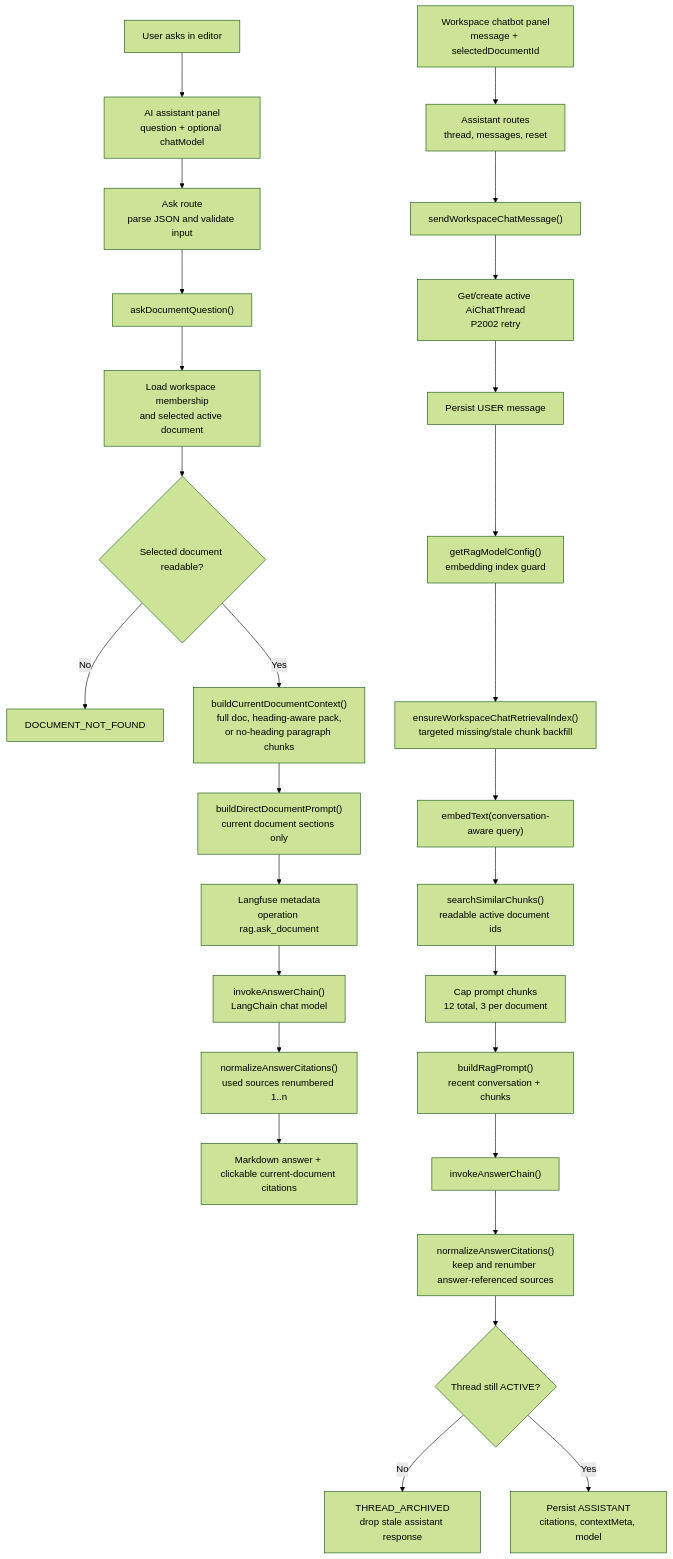
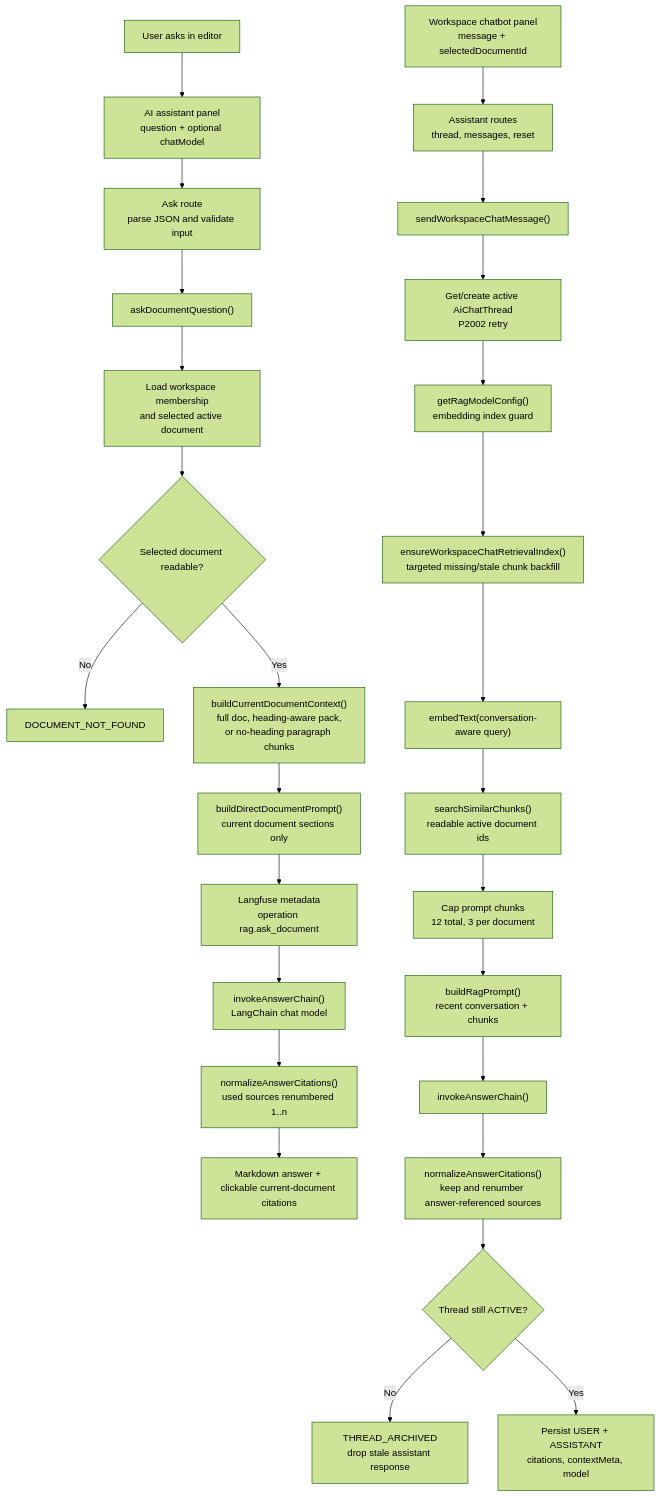
One commit to dschoi30/munjib changed the first of 2 diagrams in wiki/RAG Process Workflow.md. Above: the diagram before and after it, drawn with Mermaid (forest theme). The commit also changed other lines of this file and 6 other files, not shown here.

````diff
--- a/wiki/RAG Process Workflow.md
+++ b/wiki/RAG Process Workflow.md
@@ -37,31 +37,30 @@
 ```mermaid
 flowchart TD
     User["User asks in editor"] --> Panel["AI assistant panel<br/>question + optional chatModel"]
     Panel --> AskRoute["Ask route<br/>parse JSON and validate input"]
     AskRoute --> AskService["askDocumentQuestion()"]
     AskService --> AskPermission["Load workspace membership<br/>and selected active document"]
     AskPermission --> AskReadable{"Selected document readable?"}
     AskReadable -- "No" --> AskNotFound["DOCUMENT_NOT_FOUND"]
     AskReadable -- "Yes" --> AskContext["buildCurrentDocumentContext()<br/>full doc, heading-aware pack,<br/>or no-heading paragraph chunks"]
     AskContext --> AskPrompt["buildDirectDocumentPrompt()<br/>current document sections only"]
     AskPrompt --> AskTrace["Langfuse metadata<br/>operation rag.ask_document"]
     AskTrace --> AskAnswer["invokeAnswerChain()<br/>LangChain chat model"]
     AskAnswer --> AskNormalize["normalizeAnswerCitations()<br/>used sources renumbered 1..n"]
     AskNormalize --> AskUI["Markdown answer + clickable current-document citations"]
 
     ChatUser["Workspace chatbot panel<br/>message + selectedDocumentId"] --> ChatRoute["Assistant routes<br/>thread, messages, reset"]
     ChatRoute --> ChatService["sendWorkspaceChatMessage()"]
     ChatService --> Thread["Get/create active AiChatThread<br/>P2002 retry"]
-    Thread --> UserMessage["Persist USER message"]
-    UserMessage --> ChatConfig["getRagModelConfig()<br/>embedding index guard"]
+    Thread --> ChatConfig["getRagModelConfig()<br/>embedding index guard"]
     ChatConfig --> ChatBackfill["ensureWorkspaceChatRetrievalIndex()<br/>targeted missing/stale chunk backfill"]
     ChatBackfill --> ChatEmbed["embedText(conversation-aware query)"]
     ChatEmbed --> ChatSearch["searchSimilarChunks()<br/>readable active document ids"]
     ChatSearch --> ChatCap["Cap prompt chunks<br/>12 total, 3 per document"]
     ChatCap --> ChatPrompt["buildRagPrompt()<br/>recent conversation + chunks"]
     ChatPrompt --> ChatAnswer["invokeAnswerChain()"]
     ChatAnswer --> UsedCitations["normalizeAnswerCitations()<br/>keep and renumber answer-referenced sources"]
     UsedCitations --> ActiveCheck{"Thread still ACTIVE?"}
     ActiveCheck -- "No" --> Stale["THREAD_ARCHIVED<br/>drop stale assistant response"]
-    ActiveCheck -- "Yes" --> Persist["Persist ASSISTANT<br/>citations, contextMeta, model"]
+    ActiveCheck -- "Yes" --> Persist["Persist USER + ASSISTANT<br/>citations, contextMeta, model"]
 ```
````
